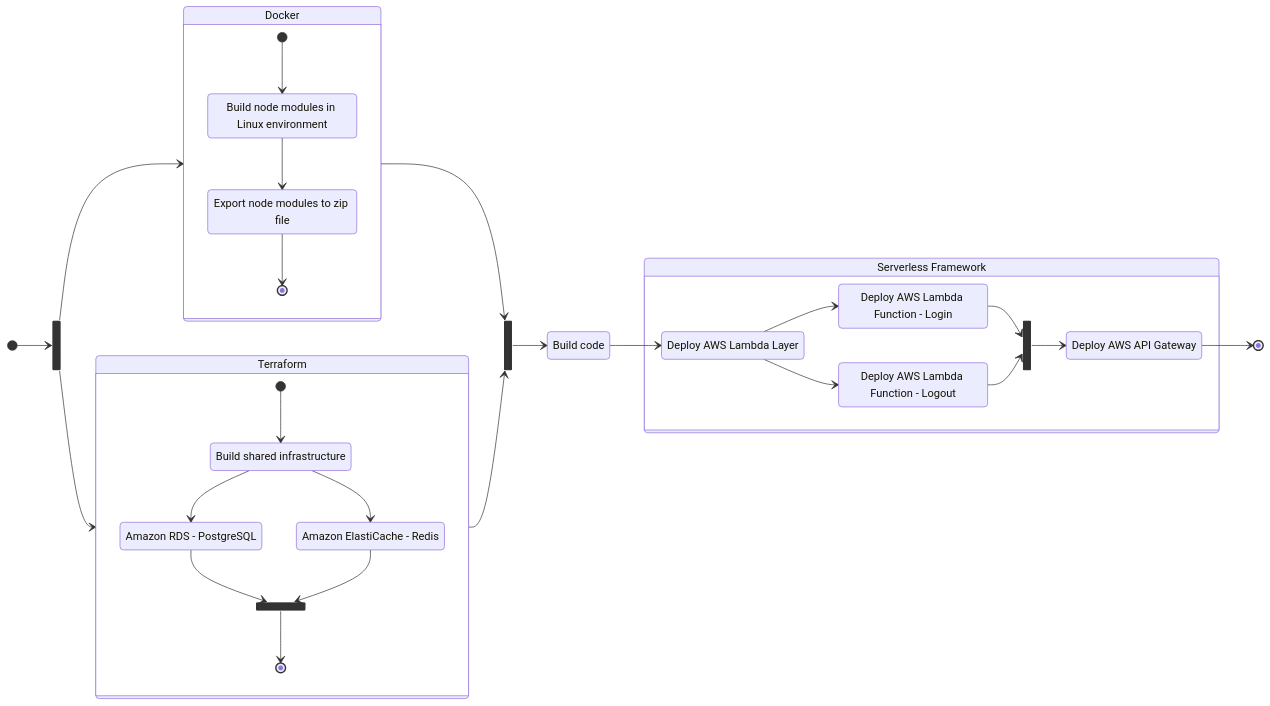
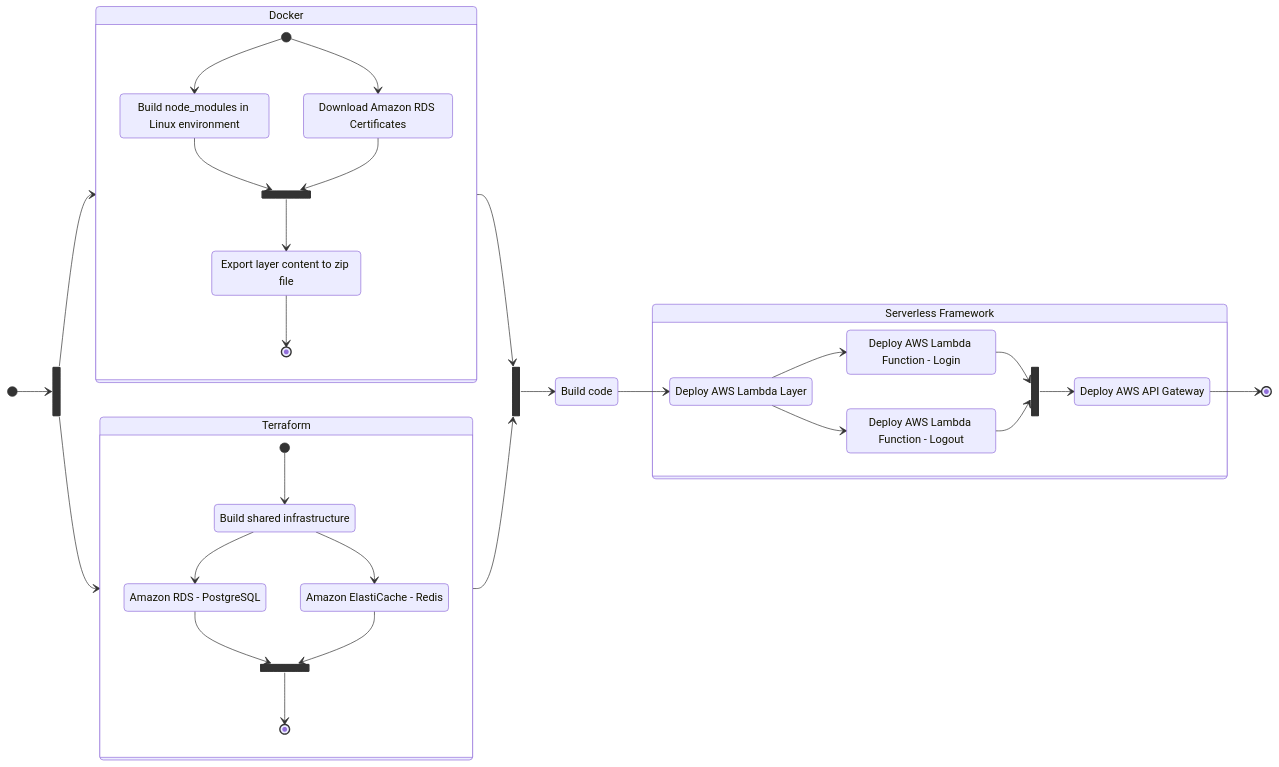
One commit to shimisnow/poc-nestjs-serverless changed the first of 2 diagrams in README.md. Above: the diagram before and after it, drawn with Mermaid. The commit also changed 7 other files, not shown here.

Commit message:
feat: include code to connect to database with AWS RDS certificates

````diff
--- a/README.md
+++ b/README.md
@@ -24,63 +24,68 @@
 ```mermaid
 stateDiagram-v2
 direction LR
 
 classDef docker_style fill:#1d63ed
 classDef terraform_style fill:#7b42bc
 classDef serverless_style fill:#fd5750
 
 state "Docker" as docker_group {
     direction TB
-    state "Build node modules in Linux environment" as node_modules_build
-    state "Export node modules to zip file" as node_modules_zip
+    state "Build node_modules in Linux environment" as node_modules_build
+    state "Download Amazon RDS Certificates" as rds_cert
+    state docker_join <<join>>
+    state "Export layer content to zip file" as layer_zip
     [*] --> node_modules_build
-    node_modules_build --> node_modules_zip
-    node_modules_zip --> [*]
+    [*] --> rds_cert
+    node_modules_build --> docker_join
+    rds_cert --> docker_join
+    docker_join --> layer_zip
+    layer_zip --> [*]
 }
 docker_group:::docker_style
 
 state "Terraform" as terraform_group {
     state "Build shared infrastructure" as terraform_build
     state "Amazon RDS - PostgreSQL" as aws_database
     state "Amazon ElastiCache - Redis" as aws_cache
     state terraform_join <<join>>
     [*] --> terraform_build
     terraform_build --> aws_database
     terraform_build --> aws_cache
     aws_database --> terraform_join
     aws_cache --> terraform_join
     terraform_join --> [*]
 }
 terraform_group:::terraform_style
 
 state start_fork <<fork>>
 [*] --> start_fork
 start_fork --> docker_group
 start_fork --> terraform_group
 
 state start_join <<join>>
 docker_group --> start_join
 terraform_group --> start_join
 
 state "Build code" as build_code
 
 start_join --> build_code
 
 state "Deploy AWS Lambda Layer" as lambda_layer
 state "Deploy AWS Lambda Function - Login" as lambda_login
 state "Deploy AWS Lambda Function - Logout" as lambda_logout
 state "Deploy AWS API Gateway" as api_gateway
 
 state "Serverless Framework" as serverless_group {
     lambda_layer --> lambda_login
     lambda_layer --> lambda_logout
     state lambda_join <<join>>
     lambda_login --> lambda_join
     lambda_logout --> lambda_join
     lambda_join --> api_gateway
 }
 serverless_group:::serverless_style
 
 build_code --> lambda_layer
 api_gateway --> [*]
 ```
````
